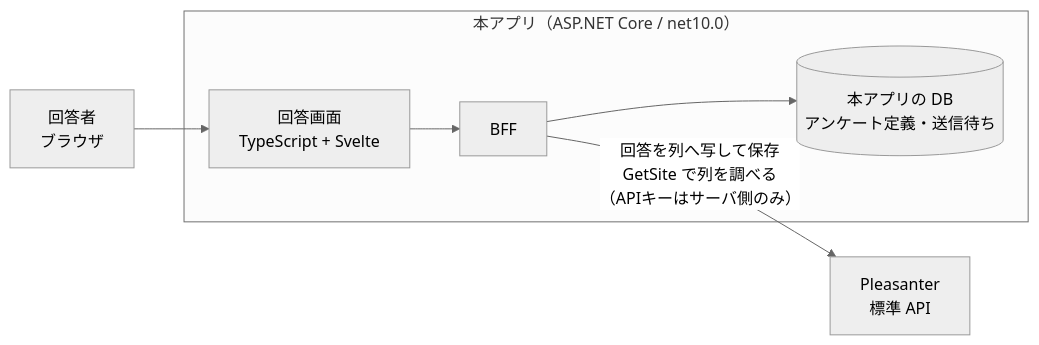
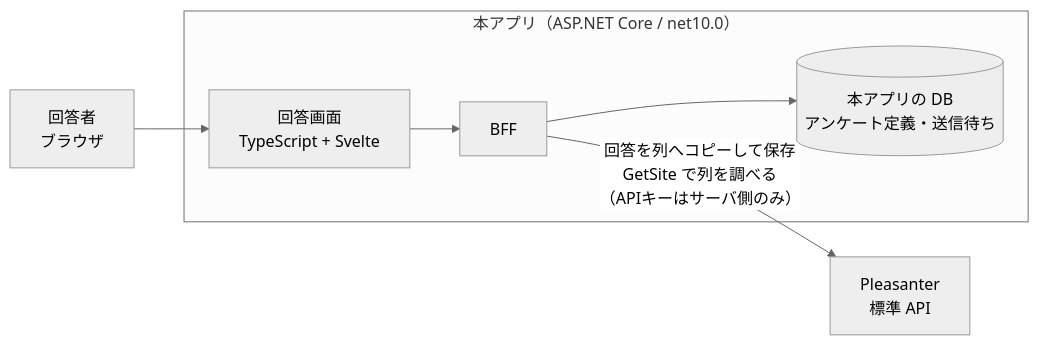
One commit to vehiclevisionjp/VehicleVision.PleasanterTools.Questionnaire changed the diagram in README.md. Above: the diagram before and after it, drawn with Mermaid (neutral theme). The commit also changed other lines of this file and 181 other files, not shown here.

````diff
--- a/README.md
+++ b/README.md
@@ -22,14 +22,14 @@
 ```mermaid
 flowchart LR
     U["回答者<br/>ブラウザ"]
     subgraph APP["本アプリ（ASP.NET Core / net10.0）"]
         SPA["回答画面<br/>TypeScript + Svelte"]
         BFF["BFF"]
         QDB[("本アプリの DB<br/>アンケート定義・送信待ち")]
     end
     PL["Pleasanter<br/>標準 API"]
 
     U --> SPA --> BFF
     BFF --> QDB
-    BFF -->|"回答を列へ写して保存<br/>GetSite で列を調べる<br/>（APIキーはサーバ側のみ）"| PL
+    BFF -->|"回答を列へコピーして保存<br/>GetSite で列を調べる<br/>（APIキーはサーバ側のみ）"| PL
 ```
````
